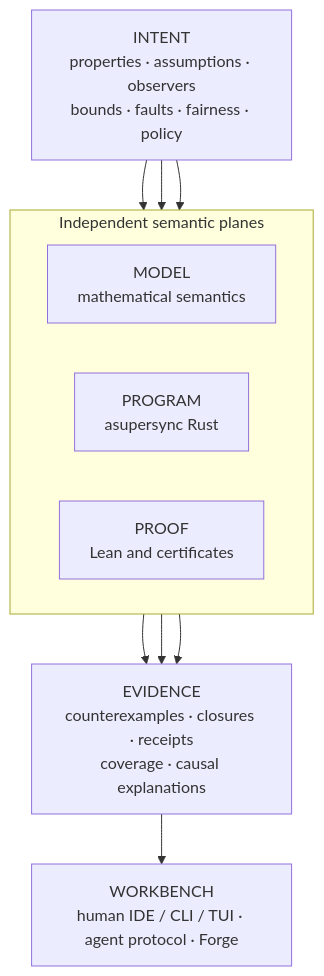
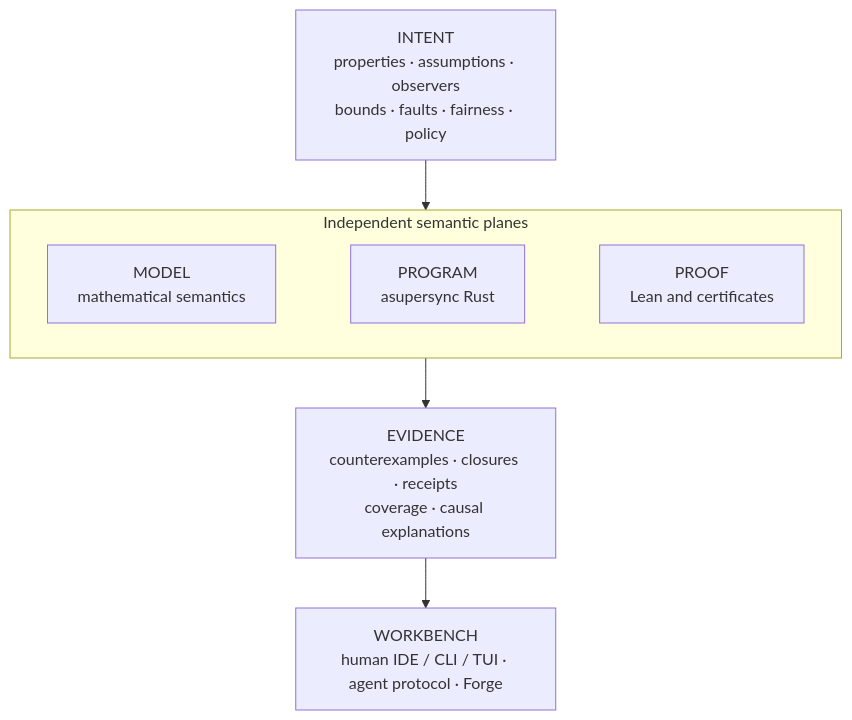
The diagram in README.md (bobisme/continuum), drawn with Mermaid before and after one commit.

Commit message:
docs: pre-render mermeaid for README

````diff
--- a/README.md
+++ b/README.md
@@ -24,22 +24,19 @@
 ```mermaid
 flowchart TB
     intent["INTENT<br/>properties · assumptions · observers<br/>bounds · faults · fairness · policy"]
 
     subgraph planes["Independent semantic planes"]
         direction LR
         model["MODEL<br/>mathematical semantics"]
         program["PROGRAM<br/>asupersync Rust"]
         proof["PROOF<br/>Lean and certificates"]
+        model ~~~ program ~~~ proof
     end
 
     evidence["EVIDENCE<br/>counterexamples · closures · receipts<br/>coverage · causal explanations"]
     workbench["WORKBENCH<br/>human IDE / CLI / TUI · agent protocol · Forge"]
 
-    intent --> model
-    intent --> program
-    intent --> proof
-    model --> evidence
-    program --> evidence
-    proof --> evidence
+    intent --> planes
+    planes --> evidence
     evidence --> workbench
 ```
````
